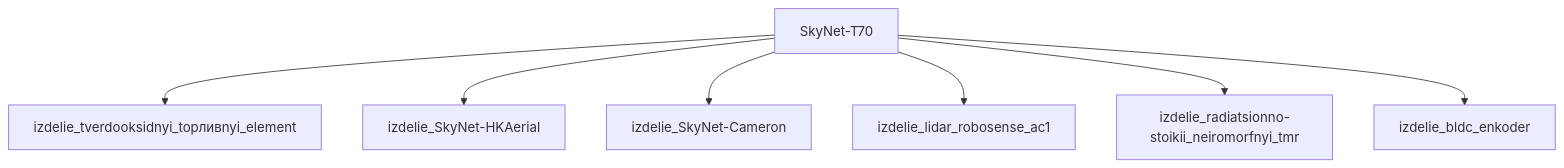
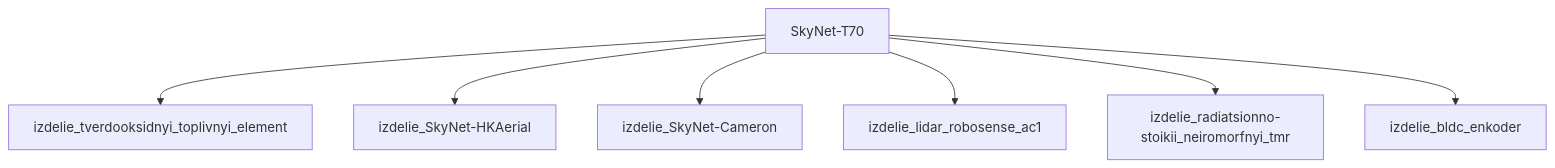
Before and after one commit to a-m-e-n-t-e-t/SkyNet: the diagram in результаты/модели/t70/фантастическая реализация/_index.md, drawn with Mermaid. The commit also changed other lines of this file and 53 other files, not shown here.

````diff
--- a/результаты/модели/t70/фантастическая реализация/_index.md
+++ b/результаты/модели/t70/фантастическая реализация/_index.md
@@ -167,16 +116,16 @@
 ```mermaid
 graph TD
     SkyNet_T70["SkyNet-T70"]
-    izdelie_tverdooksidnyi_top___nyi_element["izdelie_tverdooksidnyi_topливnyi_element"]
-    SkyNet_T70 --> izdelie_tverdooksidnyi_top___nyi_element
+    izdelie_tverdooksidnyi_toplivnyi_element["izdelie_tverdooksidnyi_toplivnyi_element"]
+    SkyNet_T70 --> izdelie_tverdooksidnyi_toplivnyi_element
     izdelie_SkyNet_HKAerial["izdelie_SkyNet-HKAerial"]
     SkyNet_T70 --> izdelie_SkyNet_HKAerial
     izdelie_SkyNet_Cameron["izdelie_SkyNet-Cameron"]
     SkyNet_T70 --> izdelie_SkyNet_Cameron
     izdelie_lidar_robosense_ac1["izdelie_lidar_robosense_ac1"]
     SkyNet_T70 --> izdelie_lidar_robosense_ac1
     izdelie_radiatsionno_stoikii_neiromorfnyi_tmr["izdelie_radiatsionno-stoikii_neiromorfnyi_tmr"]
     SkyNet_T70 --> izdelie_radiatsionno_stoikii_neiromorfnyi_tmr
     izdelie_bldc_enkoder["izdelie_bldc_enkoder"]
     SkyNet_T70 --> izdelie_bldc_enkoder
 ```
````
